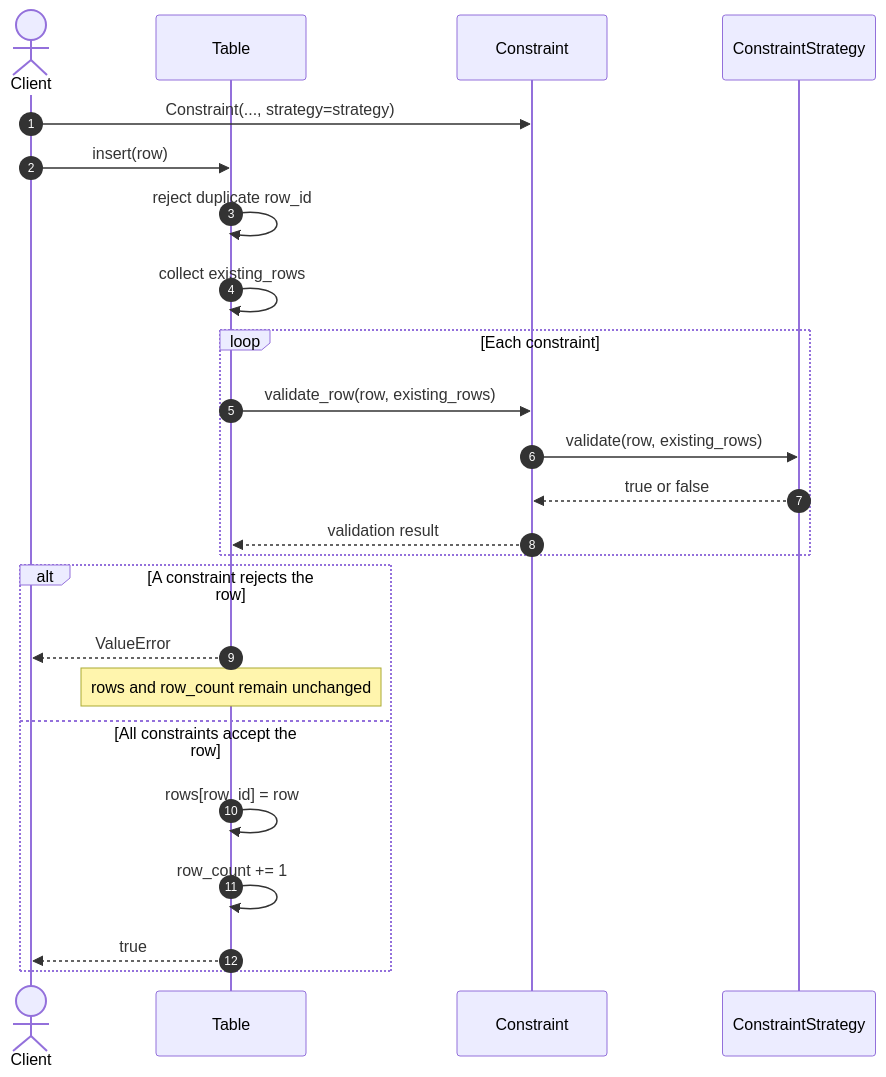
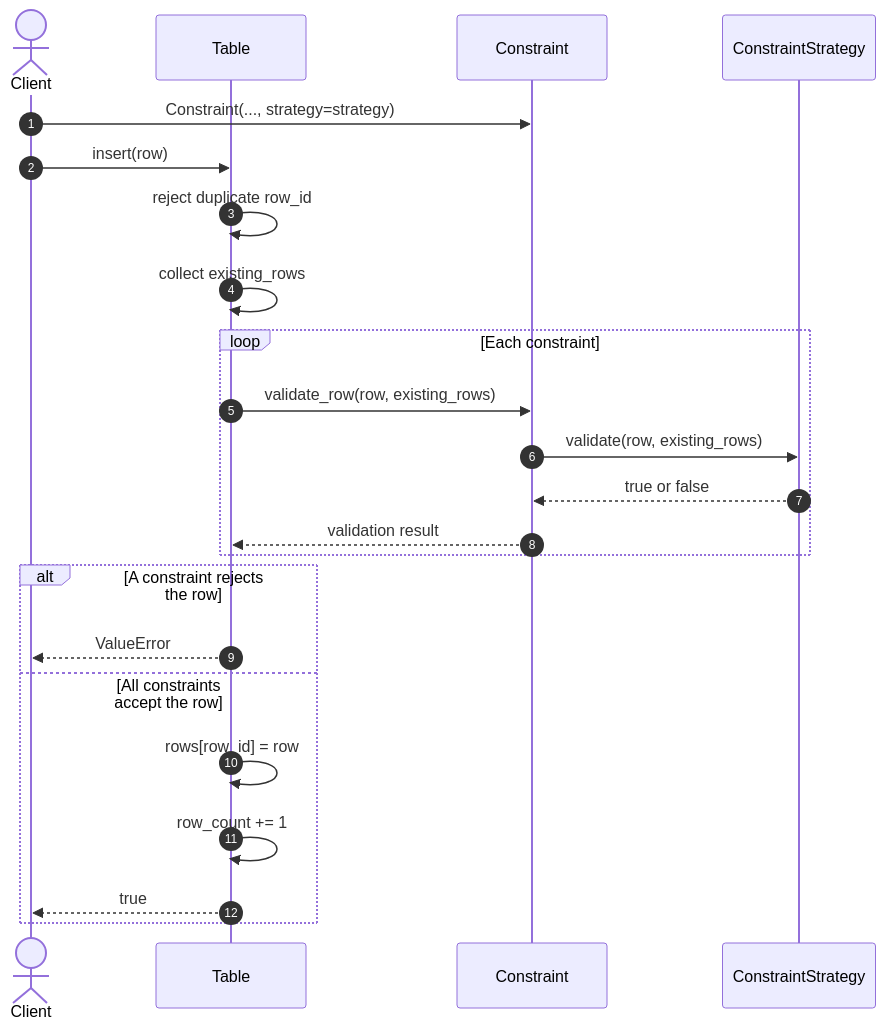
Before and after one commit to taitran501/DBMS: the second of 7 diagrams in docs/diagrams/sequence/design_patterns/database_object.md, drawn with Mermaid. The commit also changed other lines of this file and 2 other files, not shown here.

Commit message:
docs(database_object): add class, sequence diagrams for Builder, Strategy, and Factory Method patterns

````diff
--- a/docs/diagrams/sequence/design_patterns/database_object.md
+++ b/docs/diagrams/sequence/design_patterns/database_object.md
@@ -43,29 +41,28 @@
 ```mermaid
 sequenceDiagram
     autonumber
     actor Client
     participant Table
     participant Constraint
     participant Strategy as ConstraintStrategy
 
     Client->>Constraint: Constraint(..., strategy=strategy)
     Client->>Table: insert(row)
     Table->>Table: reject duplicate row_id
     Table->>Table: collect existing_rows
 
     loop Each constraint
         Table->>Constraint: validate_row(row, existing_rows)
         Constraint->>Strategy: validate(row, existing_rows)
         Strategy-->>Constraint: true or false
         Constraint-->>Table: validation result
     end
 
     alt A constraint rejects the row
         Table-->>Client: ValueError
-        Note over Table: rows and row_count remain unchanged
     else All constraints accept the row
         Table->>Table: rows[row_id] = row
         Table->>Table: row_count += 1
         Table-->>Client: true
     end
 ```
````
